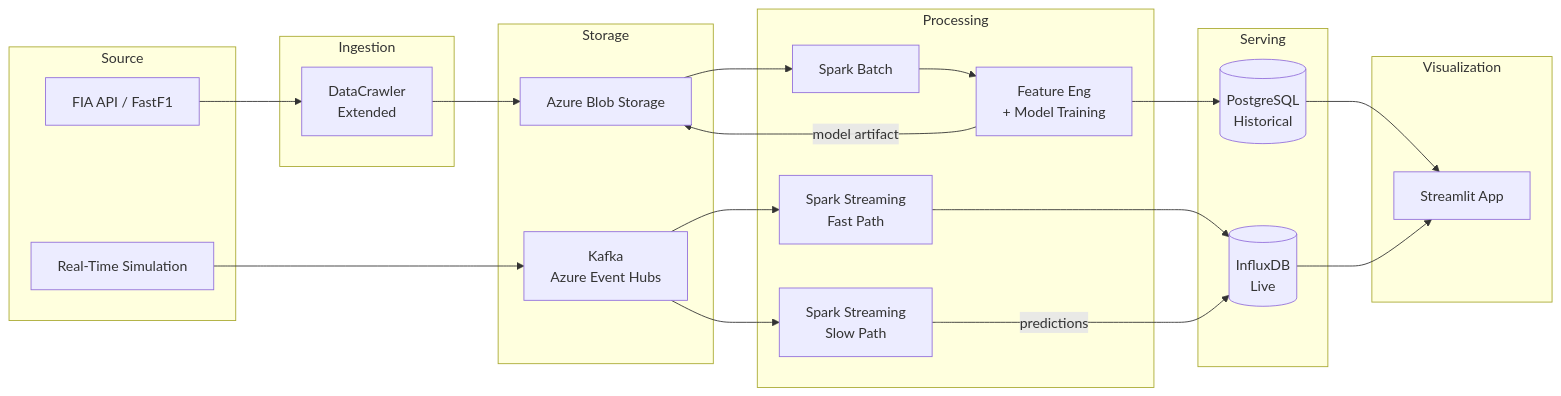
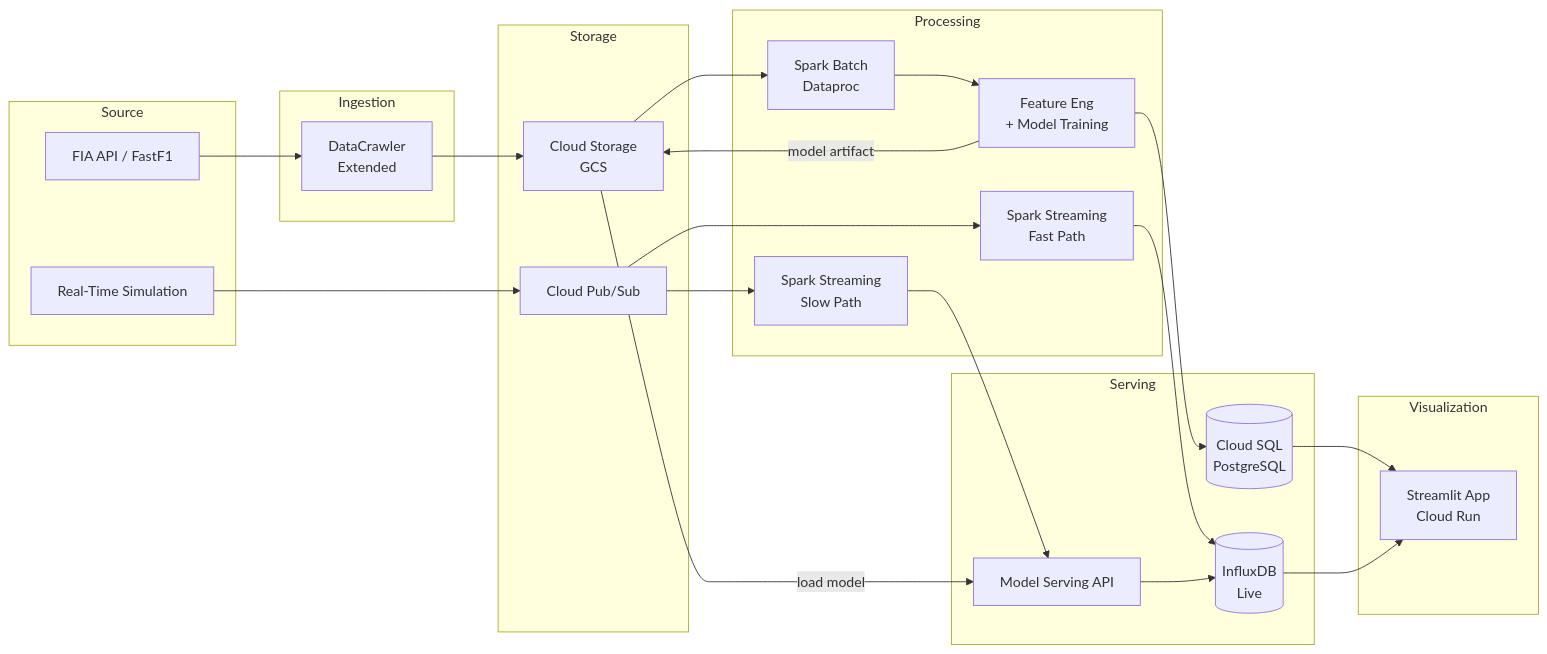
One commit to nmk-k66-uet/F1-Chubby-Data changed the first of 11 diagrams in revised_plan.md. Above: the diagram before and after it, drawn with Mermaid. The commit also changed other lines of this file and 1 other file, not shown here.

````diff
--- a/revised_plan.md
+++ b/revised_plan.md
@@ -15,45 +15,48 @@
 ```mermaid
 flowchart LR
     subgraph Source
         FIA[FIA API / FastF1]
         SIM[Real-Time Simulation]
     end
 
     subgraph Ingestion
         DC[DataCrawler<br/>Extended]
     end
 
     subgraph Storage
-        BLOB[Azure Blob Storage]
-        KAFKA[Kafka<br/>Azure Event Hubs]
+        GCS[Cloud Storage<br/>GCS]
+        PUBSUB[Cloud Pub/Sub]
     end
 
     subgraph Processing
-        SPARKB[Spark Batch]
+        SPARKB[Spark Batch<br/>Dataproc]
         FE[Feature Eng<br/>+ Model Training]
         FAST[Spark Streaming<br/>Fast Path]
         SLOW[Spark Streaming<br/>Slow Path]
     end
 
     subgraph Serving
-        PG[(PostgreSQL<br/>Historical)]
+        PG[(Cloud SQL<br/>PostgreSQL)]
         INFLUX[(InfluxDB<br/>Live)]
+        MLAPI[Model Serving API]
     end
 
     subgraph Visualization
-        UI[Streamlit App]
+        UI[Streamlit App<br/>Cloud Run]
     end
 
-    FIA --> DC --> BLOB
-    SIM --> KAFKA
+    FIA --> DC --> GCS
+    SIM --> PUBSUB
 
-    BLOB --> SPARKB --> FE
+    GCS --> SPARKB --> FE
     FE --> PG
-    FE -->|model artifact| BLOB
+    FE -->|model artifact| GCS
 
-    KAFKA --> FAST --> INFLUX
-    KAFKA --> SLOW -->|predictions| INFLUX
+    PUBSUB --> FAST --> INFLUX
+    PUBSUB --> SLOW --> MLAPI --> INFLUX
+
+    GCS -->|load model| MLAPI
 
     PG --> UI
     INFLUX --> UI
 ```
````
